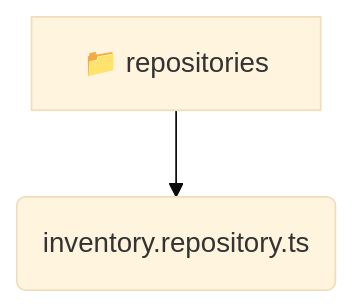
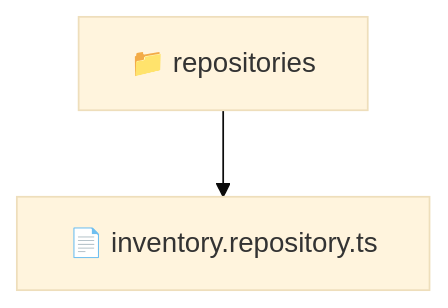
Before and after one commit to beginwebdev2002/fullstack-mavluda: the diagram in backend/src/modules/inventory/infrastructure/repositories/README.md, drawn with Mermaid (base theme). The commit also changed other lines of this file and 163 other files, not shown here.

````diff
--- a/backend/src/modules/inventory/infrastructure/repositories/README.md
+++ b/backend/src/modules/inventory/infrastructure/repositories/README.md
@@ -9,5 +10,5 @@
 ```mermaid
 graph TD
-  repositories[📁 repositories]
-  repositories --> repositories_inventory_repository_ts(inventory.repository.ts)
+  Root["📁 repositories"]
+  Root --> inventoryrepositoryts["📄 inventory.repository.ts"]
 ```
````
